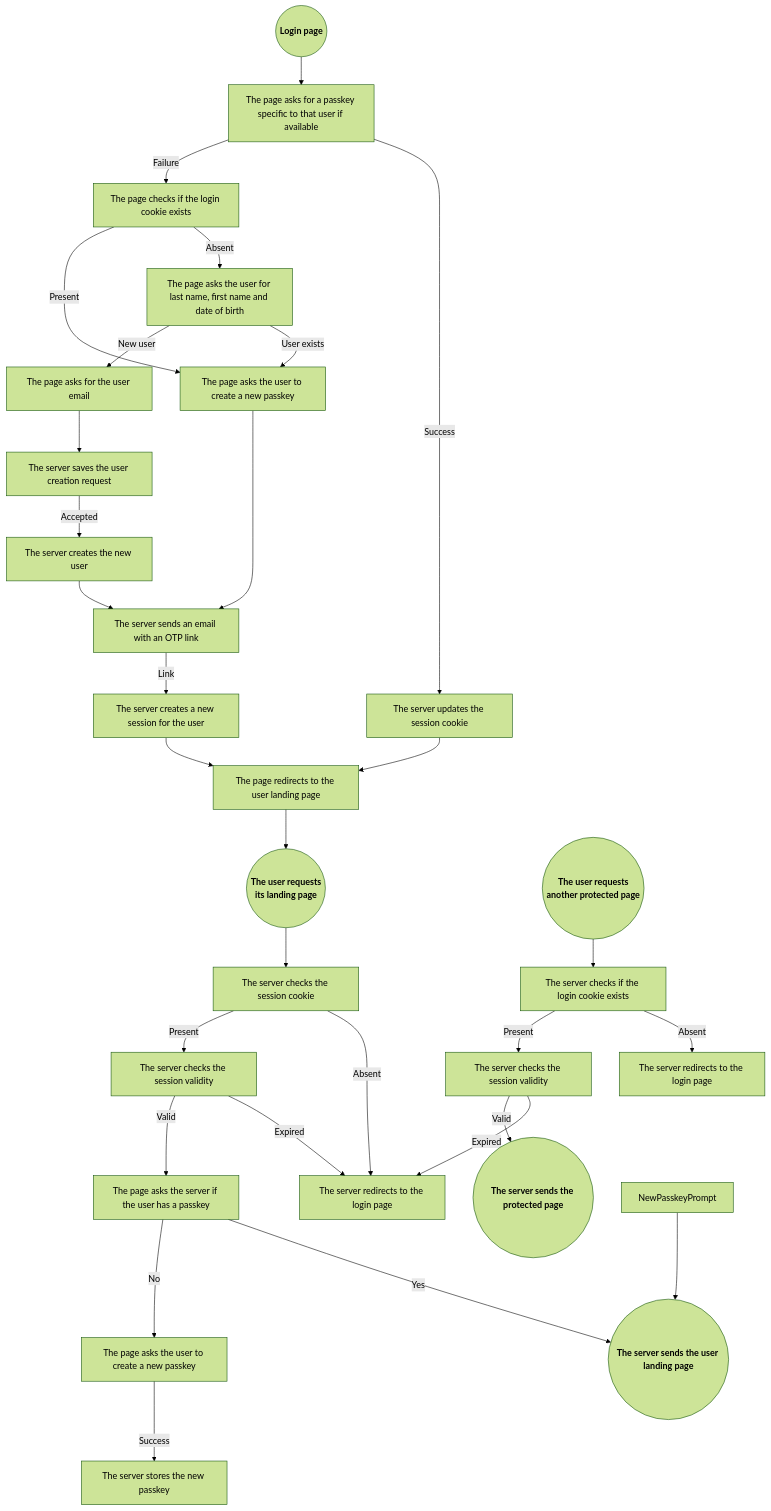
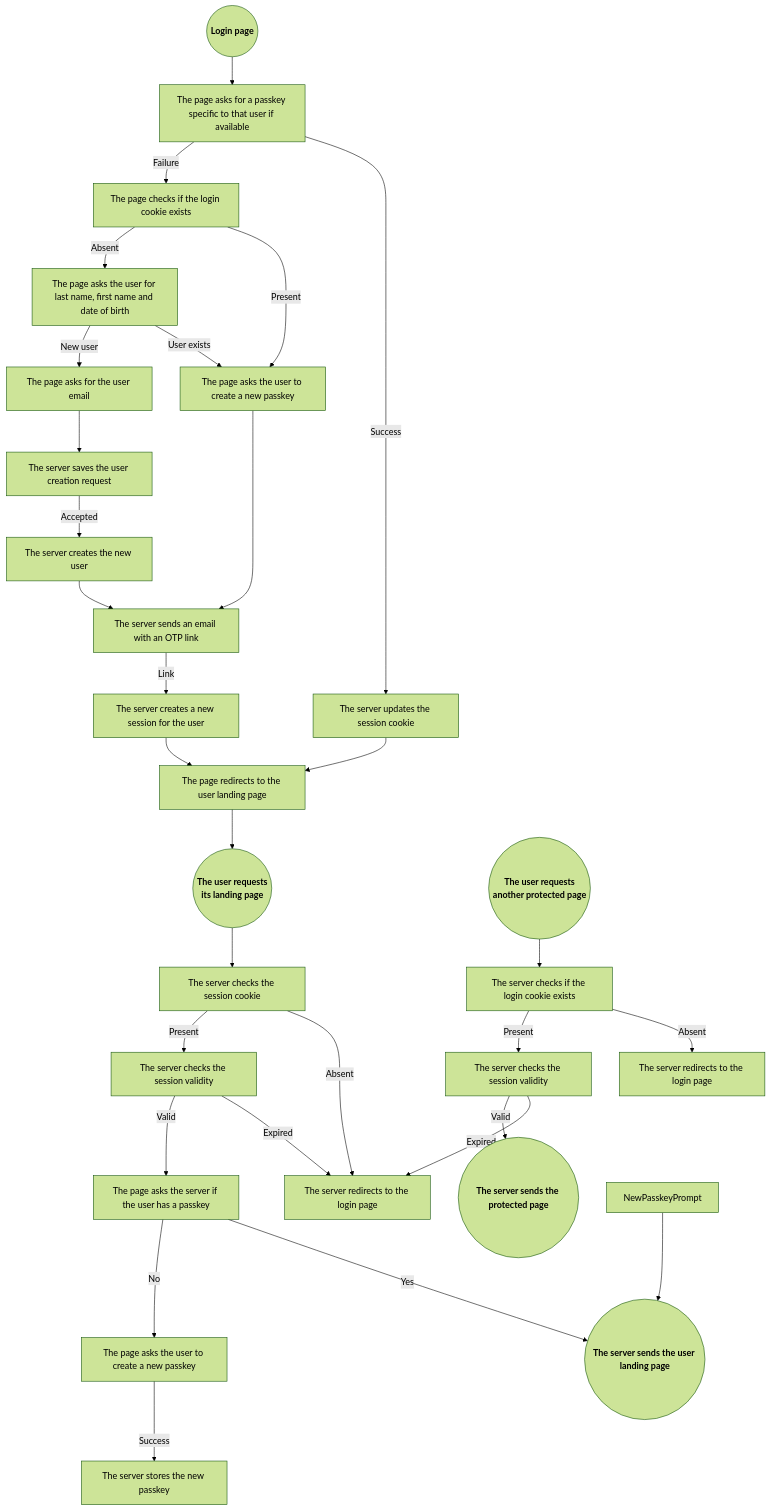
The diagram in README.md (programingjd/tiered_server), drawn with Mermaid (forest theme) before and after one commit. The commit also changed other lines of this file, not shown here.

````diff
--- a/README.md
+++ b/README.md
@@ -123,39 +123,39 @@
 ```mermaid
 graph TD;
   UserLandingPageRequest(("<b>The user requests<br>its landing page</b>"))
   ProtectedPageRequest(("<b>The user requests<br>another protected page</b>"))
   LoginPageRequest(("<b>Login page</b>"))
   
   ProtectedPageRequest-->QueryCookie1[The server checks if the login cookie exists]
   QueryCookie1-->|Absent|LoginPageRedirect1[The server redirects to the login page]
   QueryCookie1-->|Present|CheckSessionValidity1[The server checks the session validity]
   CheckSessionValidity1-->|Expired|LoginPageRedirect
   CheckSessionValidity1-->|Valid|ProtectedPageResponse(("<b>The server sends the protected page<b>"))
 
   UserLandingPageRequest-->QueryCookie2[The server checks the session cookie]
   QueryCookie2--Absent-->LoginPageRedirect[The server redirects to the login page]
   QueryCookie2--Present-->CheckSessionValidity2[The server checks the session validity]
   CheckSessionValidity2-->|Expired|LoginPageRedirect
   CheckSessionValidity2-->|Valid|QueryExistingPasskey2[The page asks the server if the user has a passkey]
   QueryExistingPasskey2-->|Yes|UserLandingPageResponse(("<b>The server sends the user landing page<b>"))
   QueryExistingPasskey2-->|No|NewPasskeyPrompt2[The page asks the user to create a new passkey]
   NewPasskeyPrompt2-->|Success|NewPasskeyStore2[The server stores the new passkey]
   NewPasskeyPrompt-->UserLandingPageResponse
 
   LoginPageRequest-->QueryPasskey[The page asks for a passkey specific to that user if available]
   QueryPasskey-->|Success|SessionCookieUpdate[The server updates the session cookie]
   SessionCookieUpdate-->UserLandingPageRedirect[The page redirects to the user landing page]
   QueryPasskey-->|Failure|QueryCookie3[The page checks if the login cookie exists]
+  QueryCookie3-->|Present|NewPasskeyPrompt3[The page asks the user to create a new passkey]
   QueryCookie3-->|Absent|UserForm[The page asks the user for last name, first name and date of birth]
-  QueryCookie3-->|Present|NewPasskeyPrompt3[The page asks the user to create a new passkey]
   UserForm-->|User exists|NewPasskeyPrompt3
   NewPasskeyPrompt3-->EmailOTP[The server sends an email with an OTP link]
   EmailOTP-->|Link|NewSession[The server creates a new session for the user]
   NewSession-->UserLandingPageRedirect
   UserForm-->|New user|NewUser[The page asks for the user email]
   NewUser-->UserModeration[The server saves the user creation request]
   UserModeration-->|Accepted|UserCreation[The server creates the new user]
   UserCreation-->EmailOTP
   
   UserLandingPageRedirect-->UserLandingPageRequest
 ```
````
